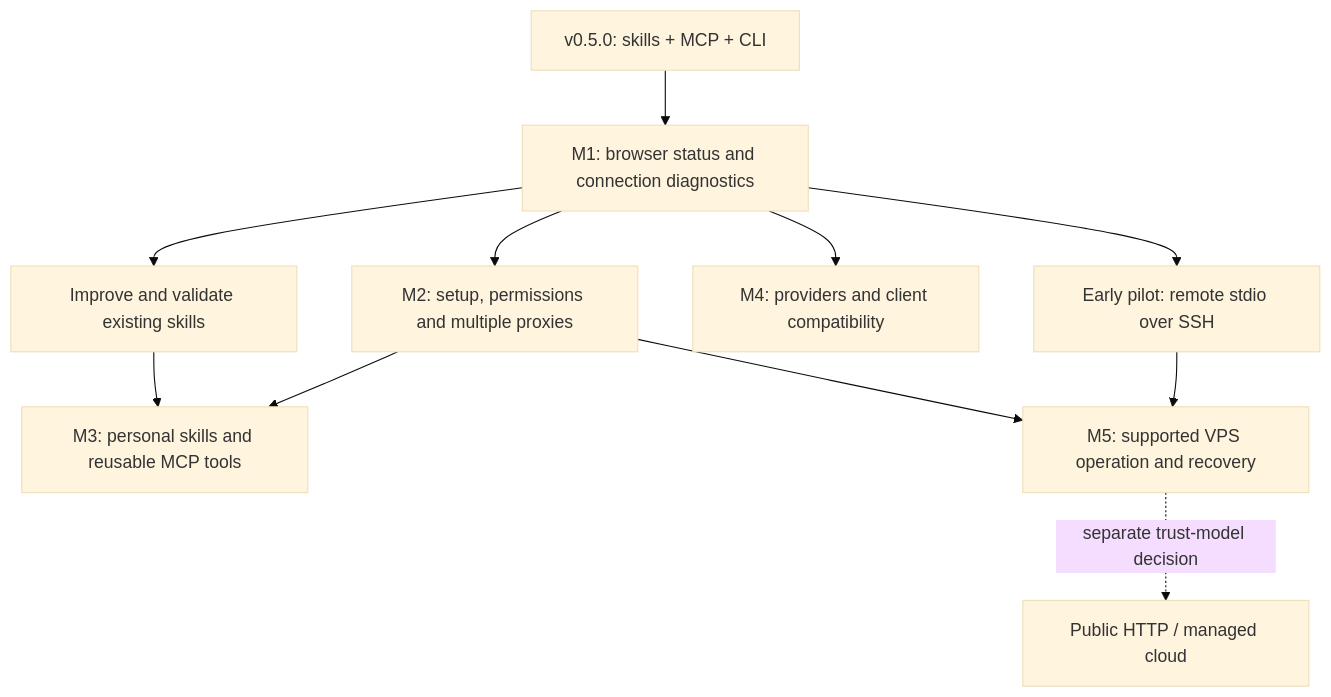
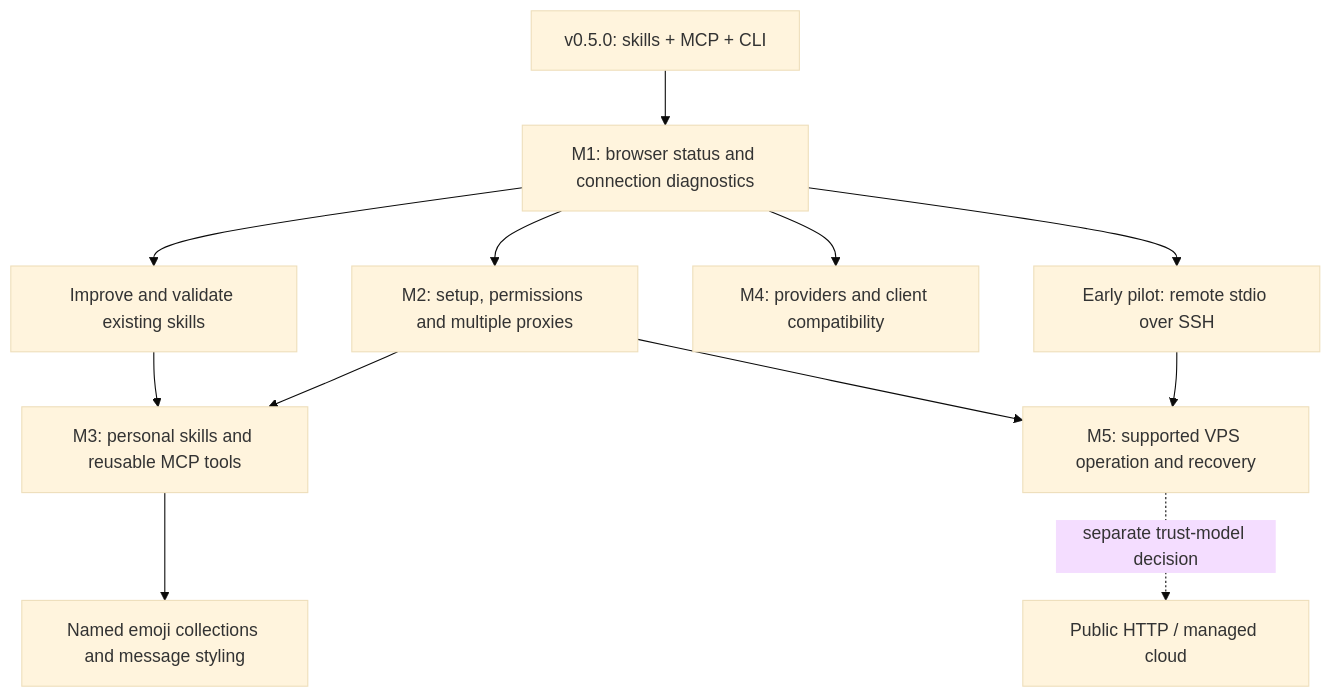
The diagram in docs/roadmap.md (starsinc1708/teleloom), drawn with Mermaid (base theme) before and after one commit. The commit also changed other lines of this file, not shown here.

Commit message:
docs: plan custom emoji collections and styling skill (#16)

````diff
--- a/docs/roadmap.md
+++ b/docs/roadmap.md
@@ -42,13 +43,14 @@
 ```mermaid
 flowchart TD
     BASE["v0.5.0: skills + MCP + CLI"] --> M1["M1: browser status and connection diagnostics"]
     M1 --> M2["M2: setup, permissions and multiple proxies"]
     M2 --> M3["M3: personal skills and reusable MCP tools"]
     M1 --> SKILLS["Improve and validate existing skills"]
     SKILLS --> M3
+    M3 --> EMOJI["Named emoji collections and message styling"]
     M1 --> M4["M4: providers and client compatibility"]
     M1 --> SSH["Early pilot: remote stdio over SSH"]
     SSH --> M5["M5: supported VPS operation and recovery"]
     M2 --> M5
     M5 -. "separate trust-model decision" .-> REMOTE["Public HTTP / managed cloud"]
 ```
````
